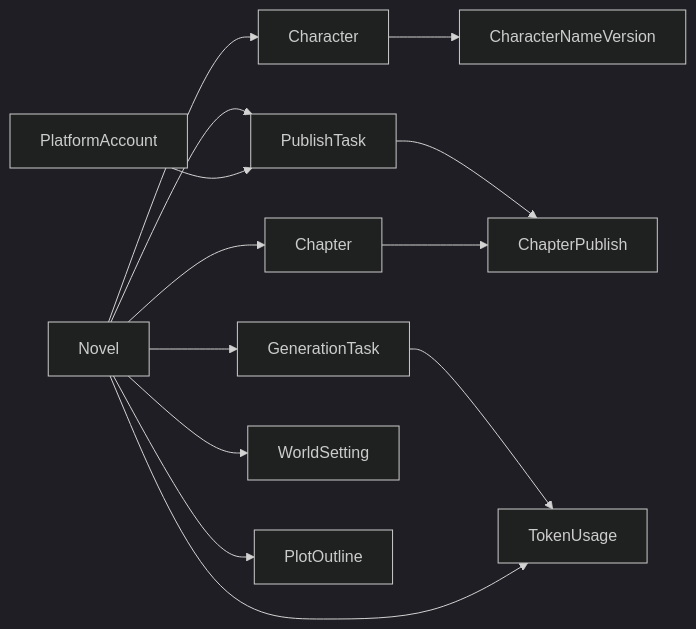
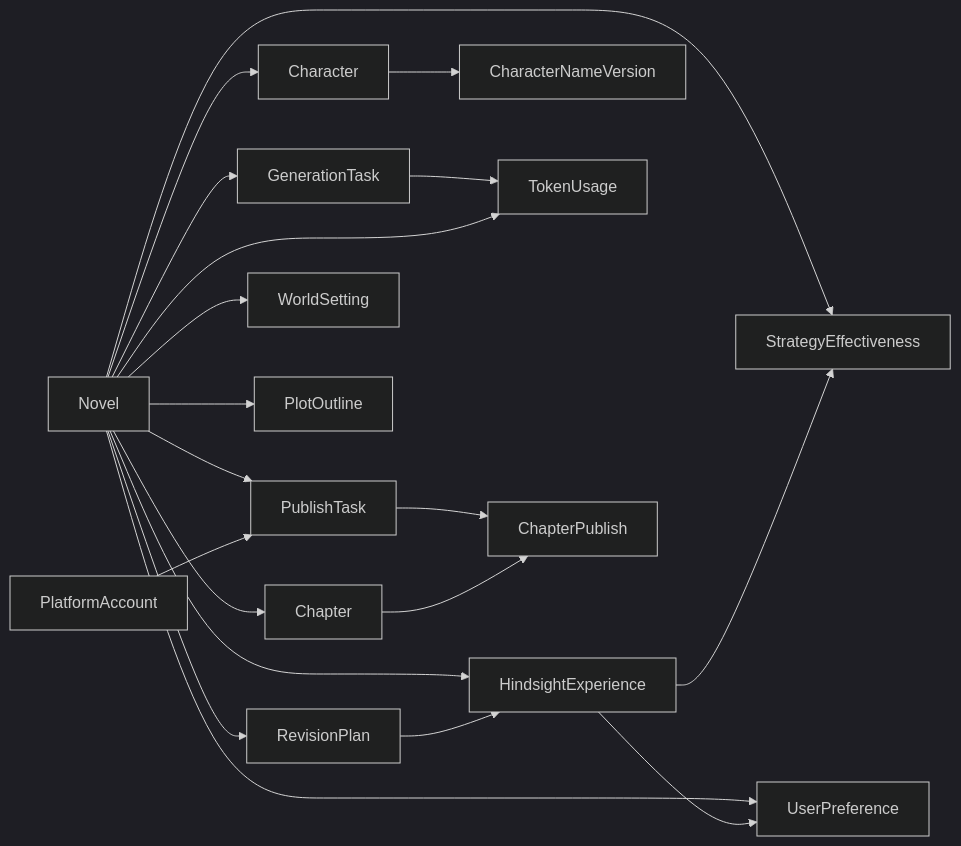
Before and after one commit to xfbyxq/ai-novel-system: the third of 4 diagrams in .qoder/repowiki/zh/content/数据模型设计/数据模型设计.md, drawn with Mermaid (dark theme). The commit also changed other lines of this file and 8 other files, not shown here.

````diff
--- a/.qoder/repowiki/zh/content/数据模型设计/数据模型设计.md
+++ b/.qoder/repowiki/zh/content/数据模型设计/数据模型设计.md
@@ -511,15 +674,22 @@
 ```mermaid
 graph LR
 NOVEL["Novel"] --> CHAR["Character"]
 NOVEL --> CHAP["Chapter"]
 NOVEL --> GEN["GenerationTask"]
 NOVEL --> PUB["PublishTask"]
 NOVEL --> WS["WorldSetting"]
 NOVEL --> PO["PlotOutline"]
+NOVEL --> RP["RevisionPlan"]
+NOVEL --> HE["HindsightExperience"]
+NOVEL --> SE["StrategyEffectiveness"]
+NOVEL --> UP["UserPreference"]
 CHAR --> CNV["CharacterNameVersion"]
+RP --> HE
+HE --> SE
+HE --> UP
 GEN --> TU["TokenUsage"]
 NOVEL --> TU
 PA["PlatformAccount"] --> PUB
 PUB --> CP["ChapterPublish"]
 CHAP --> CP
 ```
````
